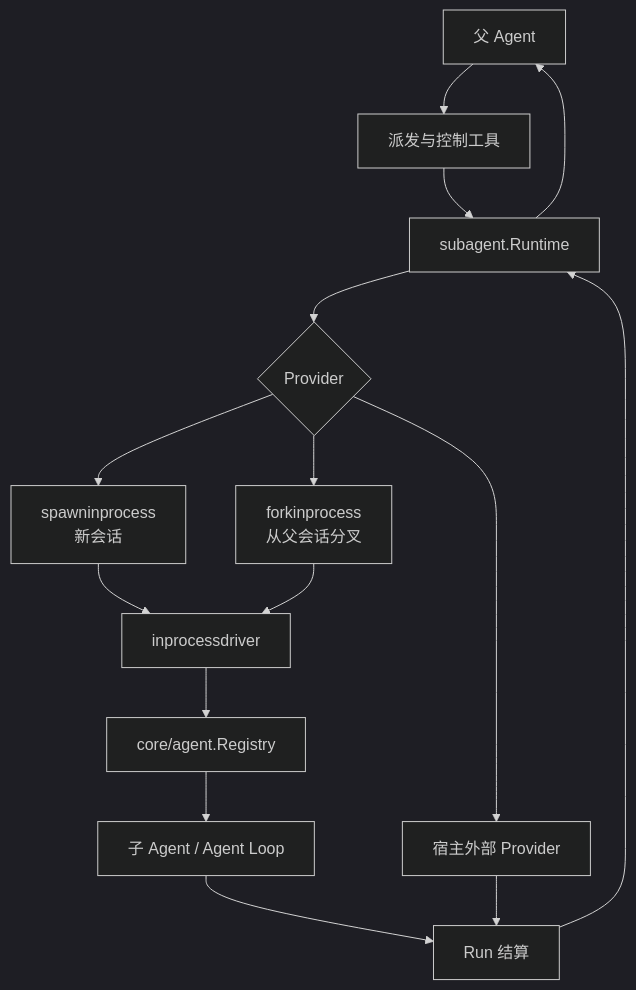
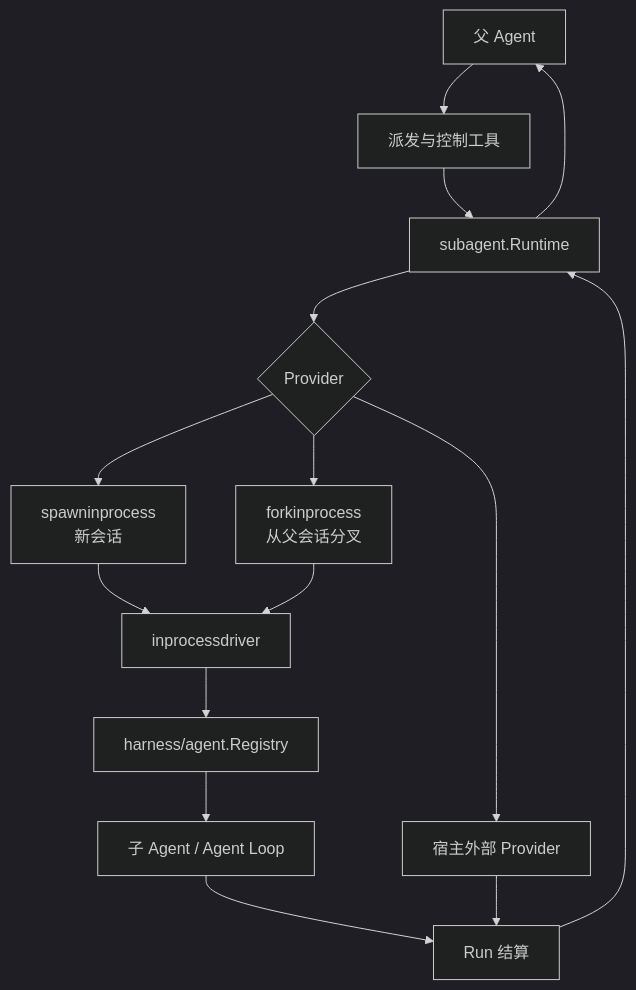
One commit to snight1983/ds-harness-go changed the first of 2 diagrams in docs/modules/subagent.md. Above: the diagram before and after it, drawn with Mermaid (dark theme). The commit also changed other lines of this file and 1281 other files, not shown here.

````diff
--- a/docs/modules/subagent.md
+++ b/docs/modules/subagent.md
@@ -11,17 +11,17 @@
 ```mermaid
 flowchart TB
     Parent["父 Agent"] --> Tools["派发与控制工具"]
     Tools --> Runtime["subagent.Runtime"]
     Runtime --> Provider{"Provider"}
     Provider --> Spawn["spawninprocess\n新会话"]
     Provider --> Fork["forkinprocess\n从父会话分叉"]
     Provider --> External["宿主外部 Provider"]
     Spawn --> Driver["inprocessdriver"]
     Fork --> Driver
-    Driver --> Registry["core/agent.Registry"]
+    Driver --> Registry["harness/agent.Registry"]
     Registry --> Child["子 Agent / Agent Loop"]
     Child --> Result["Run 结算"]
     External --> Result
     Result --> Runtime
     Runtime --> Parent
 ```
````
